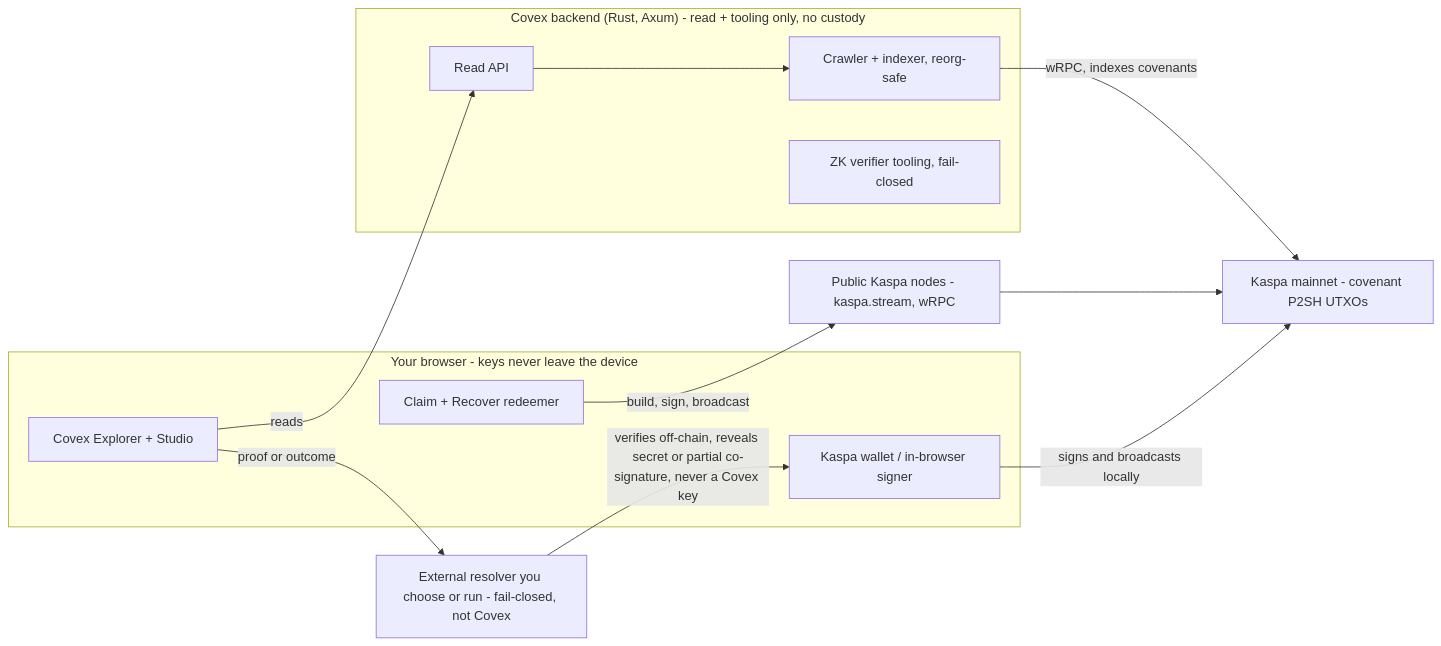
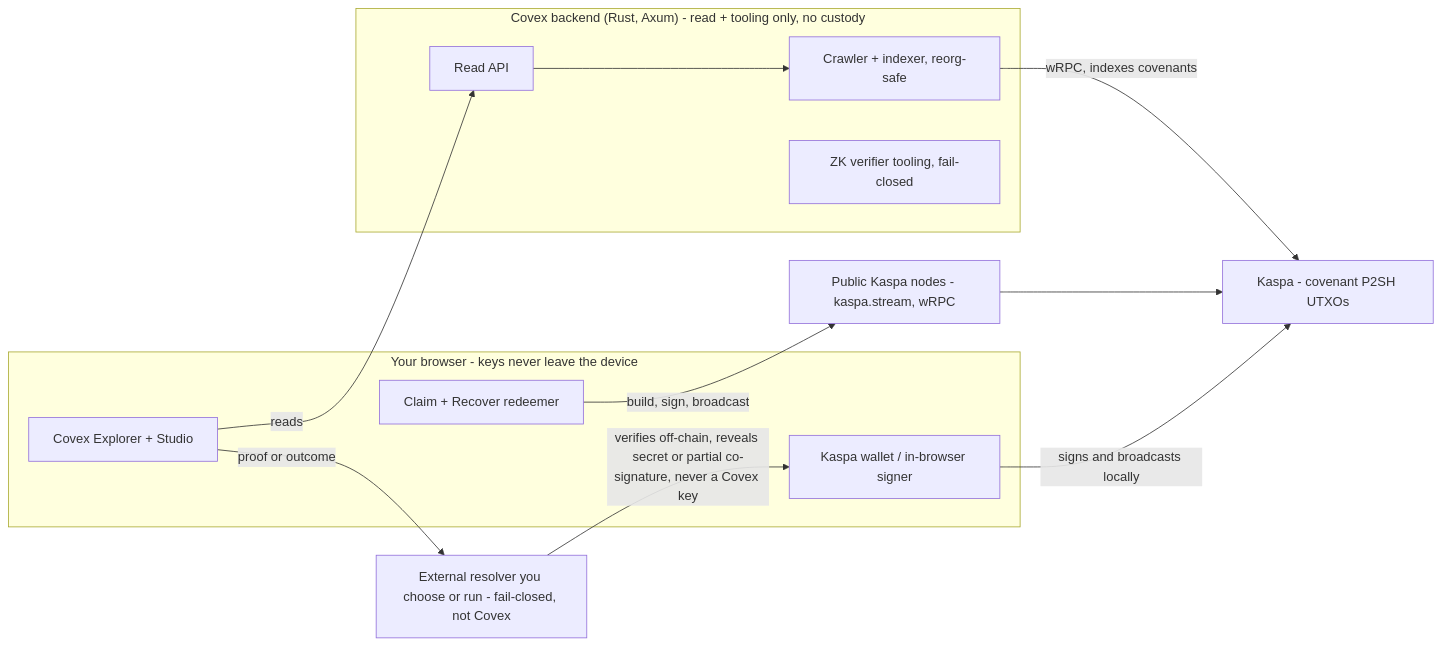
One commit to THTProtocol/Covex27 changed the first of 5 diagrams in README.md. Above: the diagram before and after it, drawn with Mermaid. The commit also changed other lines of this file and 40 other files, not shown here.

````diff
--- a/README.md
+++ b/README.md
@@ -170,25 +165,25 @@
 ```mermaid
 flowchart LR
   subgraph BR["Your browser - keys never leave the device"]
     WAL["Kaspa wallet / in-browser signer"]
     EXP["Covex Explorer + Studio"]
     RDM["Claim + Recover redeemer"]
   end
   subgraph CX["Covex backend (Rust, Axum) - read + tooling only, no custody"]
     CRW["Crawler + indexer, reorg-safe"]
     ZKV["ZK verifier tooling, fail-closed"]
     API["Read API"]
   end
   RES["External resolver you choose or run - fail-closed, not Covex"]
-  MAIN["Kaspa mainnet - covenant P2SH UTXOs"]
+  MAIN["Kaspa - covenant P2SH UTXOs"]
   PUB["Public Kaspa nodes - kaspa.stream, wRPC"]
 
   WAL -->|signs and broadcasts locally| MAIN
   EXP -->|reads| API
   API --> CRW
   CRW -->|wRPC, indexes covenants| MAIN
   EXP -->|proof or outcome| RES
   RES -->|verifies off-chain, reveals secret or partial co-signature, never a Covex key| WAL
   RDM -->|build, sign, broadcast| PUB
   PUB --> MAIN
 ```
````
